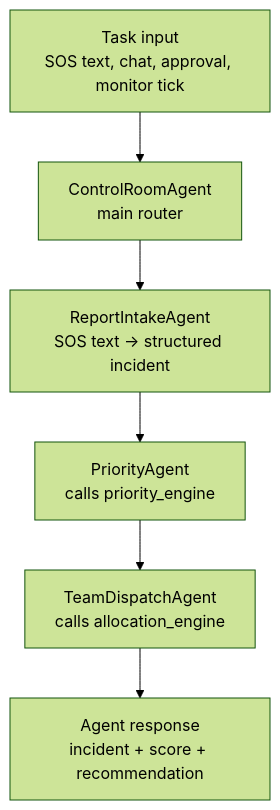
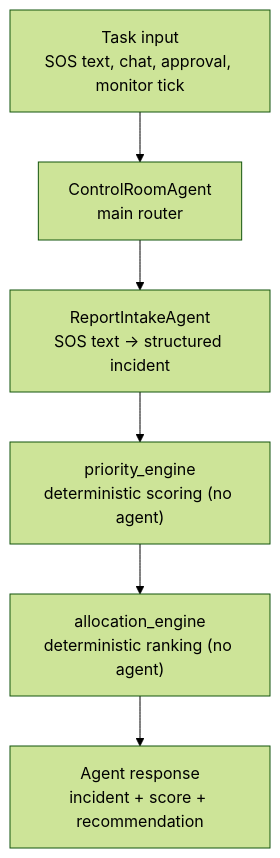
The third of 5 diagrams in README.md (ResQra/agent), drawn with Mermaid (forest theme) before and after one commit. The commit also changed other lines of this file and 16 other files, not shown here.

````diff
--- a/README.md
+++ b/README.md
@@ -240,15 +240,15 @@
 ```mermaid
 flowchart TB
     INPUT["Task input<br/>SOS text, chat, approval, monitor tick"]
     CTRL["ControlRoomAgent<br/>main router"]
     INTAKE["ReportIntakeAgent<br/>SOS text -> structured incident"]
-    PRIORITY["PriorityAgent<br/>calls priority_engine"]
-    DISPATCH["TeamDispatchAgent<br/>calls allocation_engine"]
+    PRIORITY["priority_engine<br/>deterministic scoring (no agent)"]
+    DISPATCH["allocation_engine<br/>deterministic ranking (no agent)"]
     OUTPUT["Agent response<br/>incident + score + recommendation"]
 
     INPUT --> CTRL
     CTRL --> INTAKE
     INTAKE --> PRIORITY
     PRIORITY --> DISPATCH
     DISPATCH --> OUTPUT
 ```
````
